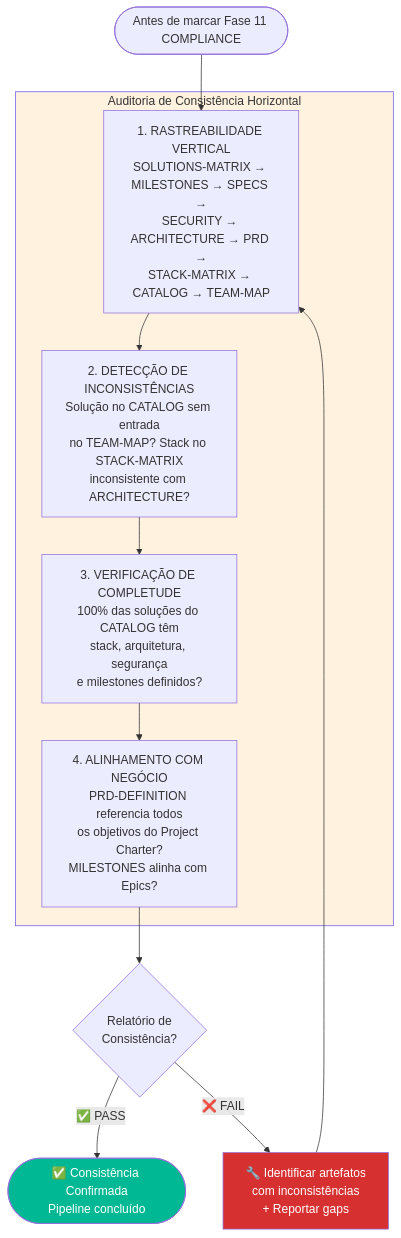
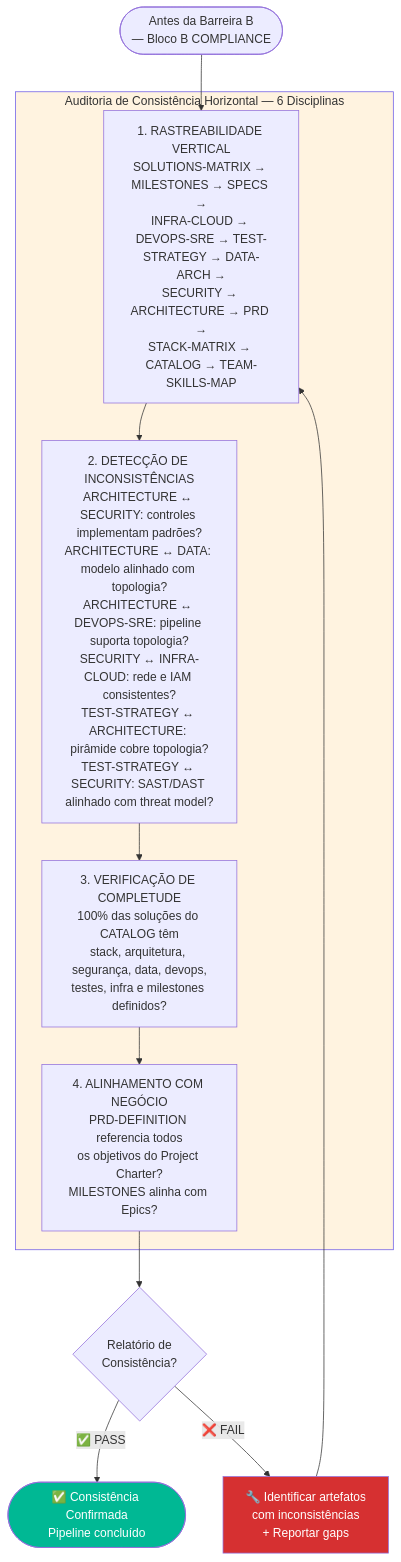
One commit to bolismar69/workspace-fbso changed the eighth of 10 diagrams in .specs/prompts/project-technical-definitions/FLOWCHART-PROMPT-ROADMAP-GENERATE-PROJECT-TECHNICAL-DEFINITIONS.md. Above: the diagram before and after it, drawn with Mermaid. The commit also changed other lines of this file, not shown here.

First line of the commit message:
docs: flowchart tech-defs v4.0 → v5.0 — blocos sequenciais, 20 fases

````diff
--- a/.specs/prompts/project-technical-definitions/FLOWCHART-PROMPT-ROADMAP-GENERATE-PROJECT-TECHNICAL-DEFINITIONS.md
+++ b/.specs/prompts/project-technical-definitions/FLOWCHART-PROMPT-ROADMAP-GENERATE-PROJECT-TECHNICAL-DEFINITIONS.md
@@ -582,24 +838,24 @@
 ```mermaid
 flowchart TD
-    CONS_START([Antes de marcar Fase 11 COMPLIANCE]) --> CONS_1
+    CONS_START([Antes da Barreira B<br/>— Bloco B COMPLIANCE]) --> CONS_1
 
-    subgraph CONS[Auditoria de Consistência Horizontal]
-        CONS_1[1. RASTREABILIDADE VERTICAL<br/>SOLUTIONS-MATRIX → MILESTONES → SPECS →<br/>SECURITY → ARCHITECTURE → PRD →<br/>STACK-MATRIX → CATALOG → TEAM-MAP] --> CONS_2
+    subgraph CONS[Auditoria de Consistência Horizontal — 6 Disciplinas]
+        CONS_1[1. RASTREABILIDADE VERTICAL<br/>SOLUTIONS-MATRIX → MILESTONES → SPECS →<br/>INFRA-CLOUD → DEVOPS-SRE → TEST-STRATEGY → DATA-ARCH →<br/>SECURITY → ARCHITECTURE → PRD →<br/>STACK-MATRIX → CATALOG → TEAM-SKILLS-MAP] --> CONS_2
 
-        CONS_2[2. DETECÇÃO DE INCONSISTÊNCIAS<br/>Solução no CATALOG sem entrada<br/>no TEAM-MAP? Stack no STACK-MATRIX<br/>inconsistente com ARCHITECTURE?] --> CONS_3
+        CONS_2[2. DETECÇÃO DE INCONSISTÊNCIAS<br/>ARCHITECTURE ↔ SECURITY: controles implementam padrões?<br/>ARCHITECTURE ↔ DATA: modelo alinhado com topologia?<br/>ARCHITECTURE ↔ DEVOPS-SRE: pipeline suporta topologia?<br/>SECURITY ↔ INFRA-CLOUD: rede e IAM consistentes?<br/>TEST-STRATEGY ↔ ARCHITECTURE: pirâmide cobre topologia?<br/>TEST-STRATEGY ↔ SECURITY: SAST/DAST alinhado com threat model?] --> CONS_3
 
-        CONS_3[3. VERIFICAÇÃO DE COMPLETUDE<br/>100% das soluções do CATALOG têm<br/>stack, arquitetura, segurança<br/>e milestones definidos?] --> CONS_4
+        CONS_3[3. VERIFICAÇÃO DE COMPLETUDE<br/>100% das soluções do CATALOG têm<br/>stack, arquitetura, segurança, data, devops,<br/>testes, infra e milestones definidos?] --> CONS_4
 
         CONS_4[4. ALINHAMENTO COM NEGÓCIO<br/>PRD-DEFINITION referencia todos<br/>os objetivos do Project Charter?<br/>MILESTONES alinha com Epics?]
     end
 
     CONS_4 --> CONS_RESULT{Relatório de<br/>Consistência?}
 
     CONS_RESULT -->|✅ PASS| CONS_OK([✅ Consistência Confirmada<br/>Pipeline concluído])
     CONS_RESULT -->|❌ FAIL| CONS_FIX[🔧 Identificar artefatos<br/>com inconsistências<br/>+ Reportar gaps]
     CONS_FIX --> CONS_1
 
     style CONS fill:#fff3e0,stroke:#6c5ce7
     style CONS_OK fill:#00b894,color:#fff
     style CONS_FIX fill:#d63031,color:#fff
 ```
````
